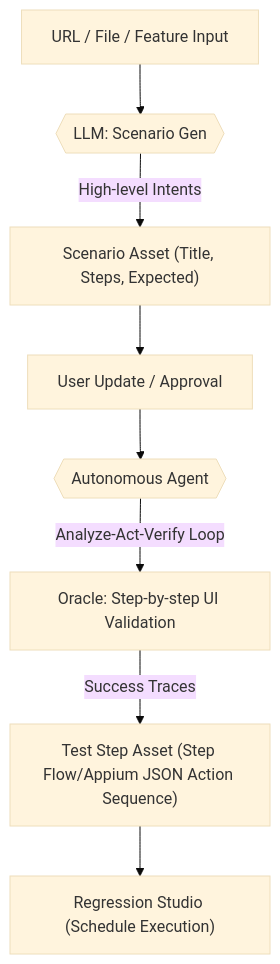
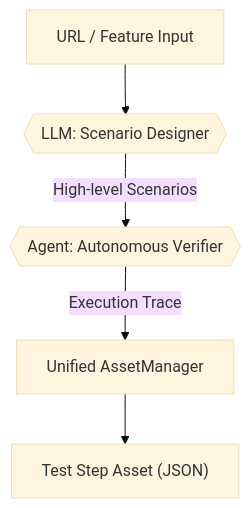
The first of 2 diagrams in docs/ai_llm_spec.md (hyunju80/qone), drawn with Mermaid (base theme) before and after one commit. The commit also changed other lines of this file and 1 other file, not shown here.

Commit message:
docs: Finalize role-based AI workflow diagrams and English labels

````diff
--- a/docs/ai_llm_spec.md
+++ b/docs/ai_llm_spec.md
@@ -382,10 +382,7 @@
 ```mermaid
 graph TD
-    A["URL / File / Feature Input"] --> B{{"LLM: Scenario Gen"}}
-    B -- "High-level Intents" --> C["Scenario Asset (Title, Steps, Expected)"]
-    C --> D["User Update / Approval"]
-    D --> E{{"Autonomous Agent"}}
-    E -- "Analyze-Act-Verify Loop" --> F["Oracle: Step-by-step UI Validation"]
-    F -- "Success Traces" --> G["Test Step Asset (Step Flow/Appium JSON Action Sequence)"]
-    G --> H["Regression Studio (Schedule Execution)"]
+    A["URL / Feature Input"] --> B{{"LLM: Scenario Designer"}}
+    B -- "High-level Scenarios" --> C{{"Agent: Autonomous Verifier"}}
+    C -- "Execution Trace" --> D["Unified AssetManager"]
+    D --> E["Test Step Asset (JSON)"]
 ```
````
